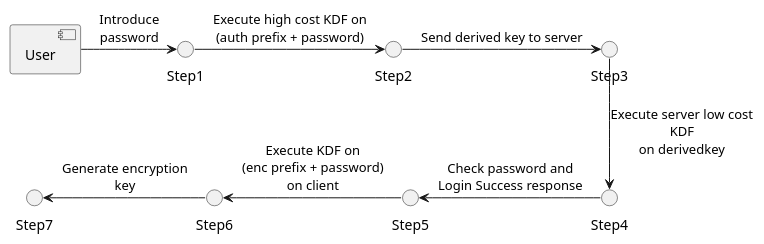
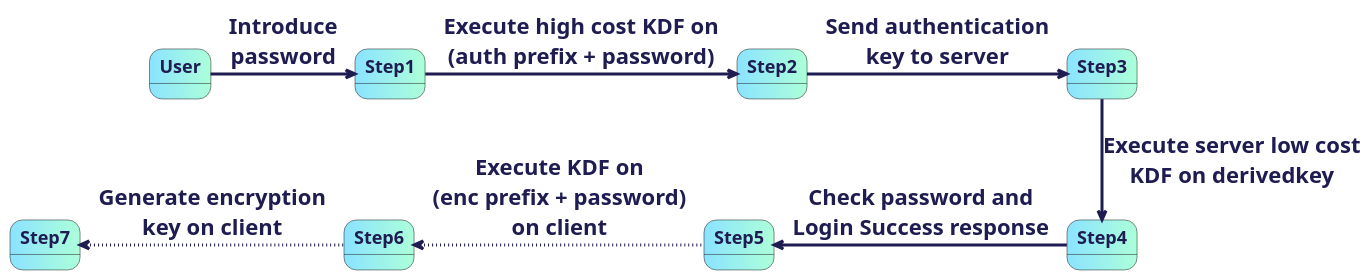
Before and after one commit to alexisruiz96/secure-vault: the diagram in docummentation/diagrams/basiKdfFlow.puml, drawn with PlantUML. The commit also changed 10 other files, not shown here.

Commit message:
New information added to Readme and New Diagrams

```diff
--- a/docummentation/diagrams/basiKdfFlow.puml
+++ b/docummentation/diagrams/basiKdfFlow.puml
@@ -1,10 +1,37 @@
-@startuml basicFlow
-[User] -right-> Step1: Introduce\npassword
-Step1 -right-> Step2: Execute high cost KDF on\n(auth prefix + password)
-Step2 -right-> Step3: Send derived key to server
-Step3 -down-> Step4: Execute server low cost\nKDF\non derivedkey
-Step4 -left-> Step5: Check password and\nLogin Success response
-Step5 -left-> Step6: Execute KDF on\n(enc prefix + password)\non client
-Step6 -left-> Step7: Generate encryption\nkey
+@startuml basicFlowV2
+
+skinparam state {
+    FontColor 1f1c51
+    FontSize 18
+    FontStyle bold
+    BackgroundColor #8be3ff|acffd9
+    ArrowThickness 3
+    ArrowColor 1f1c51
+    ClassFontColor red
+    arrow {
+        FontSize 22
+        LineColor Blue
+        FontColor 1f1c51
+        FontStyle bold
+        FontName Arial
+    }
+}
+
+State User
+State Step1
+State Step2
+State Step3
+State Step4
+State Step5
+State Step6
+State Step7
+
+User -right-> Step1: <b>Introduce\n<b>password
+Step1 -right-> Step2: <b>Execute high cost KDF on\n<b>(auth prefix + password)
+Step2 -right-> Step3: <b>Send authentication\nkey to server
+Step3 -down-> Step4: <b>Execute server low cost\n<b>KDF on derivedkey
+Step4 -left-> Step5: <b>Check password and\n<b>Login Success response
+Step5 -left[dotted]-> Step6: <b>Execute KDF on\n<b>(enc prefix + password)\n<b>on client
+Step6 -left[dotted]-> Step7: <b>Generate encryption\n<b>key on client
 
 @enduml
```
